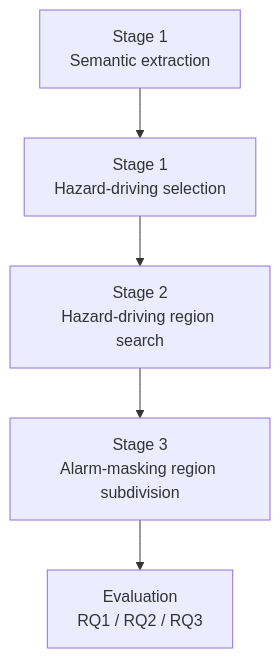
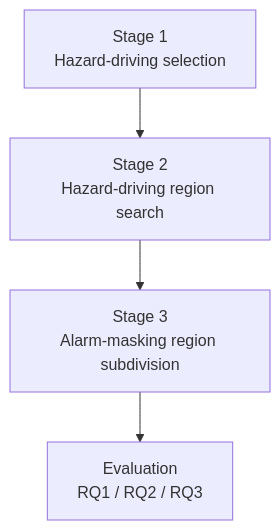
Before and after one commit to sekura-back/CRAVE: the diagram in README.md, drawn with Mermaid.

````diff
--- a/README.md
+++ b/README.md
@@ -7,8 +7,7 @@
 ```mermaid
 flowchart TD
-    A["Stage 1<br/>Semantic extraction"] --> B["Stage 1<br/>Hazard-driving selection"]
-    B --> C["Stage 2<br/>Hazard-driving region search"]
-    C --> E["Stage 3<br/>Alarm-masking region subdivision"]
-    E --> F["Evaluation<br/>RQ1 / RQ2 / RQ3"]
+    A["Stage 1<br/>Hazard-driving selection"] --> B["Stage 2<br/>Hazard-driving region search"]
+    B --> C["Stage 3<br/>Alarm-masking region subdivision"]
+    C --> D["Evaluation<br/>RQ1 / RQ2 / RQ3"]
 
 ```
````
